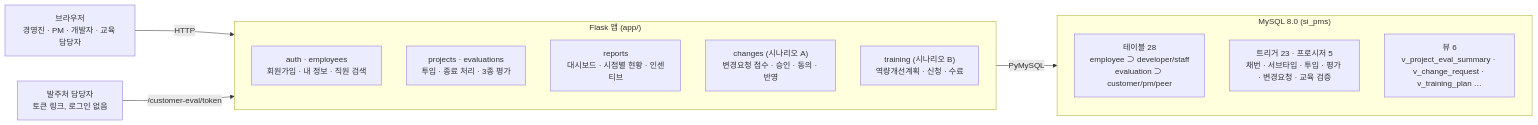
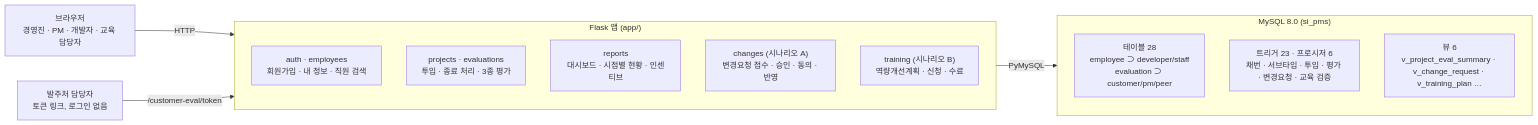
The first of 2 diagrams in README.md (moovingGun/database-teamproject), drawn with Mermaid before and after one commit. The commit also changed other lines of this file and 14 other files, not shown here.

````diff
--- a/README.md
+++ b/README.md
@@ -65,20 +66,20 @@
 ```mermaid
 flowchart LR
   B["브라우저<br/>경영진 · PM · 개발자 · 교육 담당자"] -->|HTTP| F
   C["발주처 담당자<br/>토큰 링크, 로그인 없음"] -->|/customer-eval/token| F
   subgraph F["Flask 앱 (app/)"]
     direction TB
     a1["auth · employees<br/>회원가입 · 내 정보 · 직원 검색"]
     a3["projects · evaluations<br/>투입 · 종료 처리 · 3종 평가"]
     a5["reports<br/>대시보드 · 시점별 현황 · 인센티브"]
     a6["changes (시나리오 A)<br/>변경요청 접수 · 승인 · 동의 · 반영"]
     a7["training (시나리오 B)<br/>역량개선계획 · 신청 · 수료"]
   end
   F -->|PyMySQL| D
   subgraph D["MySQL 8.0 (si_pms)"]
     direction TB
     d1["테이블 28<br/>employee ⊃ developer/staff<br/>evaluation ⊃ customer/pm/peer"]
-    d2["트리거 23 · 프로시저 5<br/>채번 · 서브타입 · 투입 · 평가 · 변경요청 · 교육 검증"]
+    d2["트리거 23 · 프로시저 6<br/>채번 · 서브타입 · 투입 · 평가 · 변경요청 · 교육 검증"]
     d3["뷰 6<br/>v_project_eval_summary · v_change_request · v_training_plan …"]
   end
 ```
````
